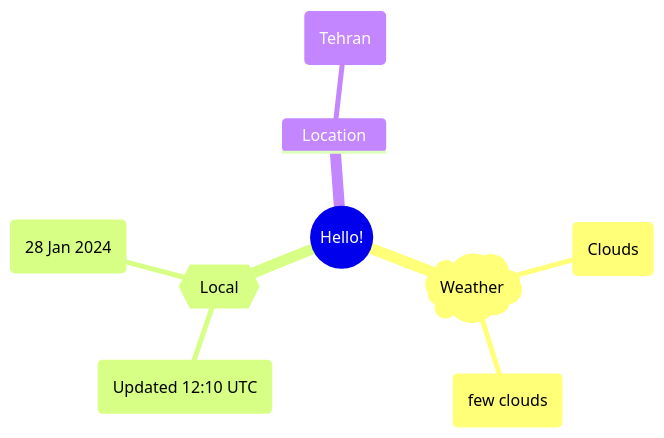
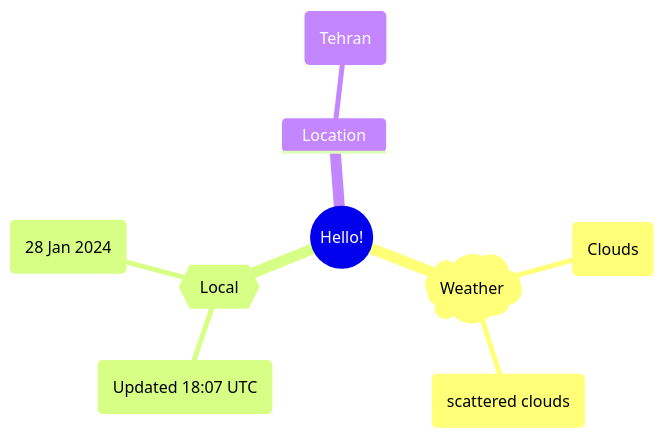
Before and after one commit to Xosrov/Xosrov: the first of 2 diagrams in README.md, drawn with Mermaid.

Commit message:
[bot] updated images

````diff
--- a/README.md
+++ b/README.md
@@ -3,12 +3,12 @@
 ```mermaid
 mindmap
   root((Hello!))
     )Weather(
         (Clouds)
-        (few clouds)
+        (scattered clouds)
     {{Local}}
-        (Updated 12:10 UTC)
+        (Updated 18:07 UTC)
         (28 Jan 2024)
     Location
         (Tehran)
 ```
````
